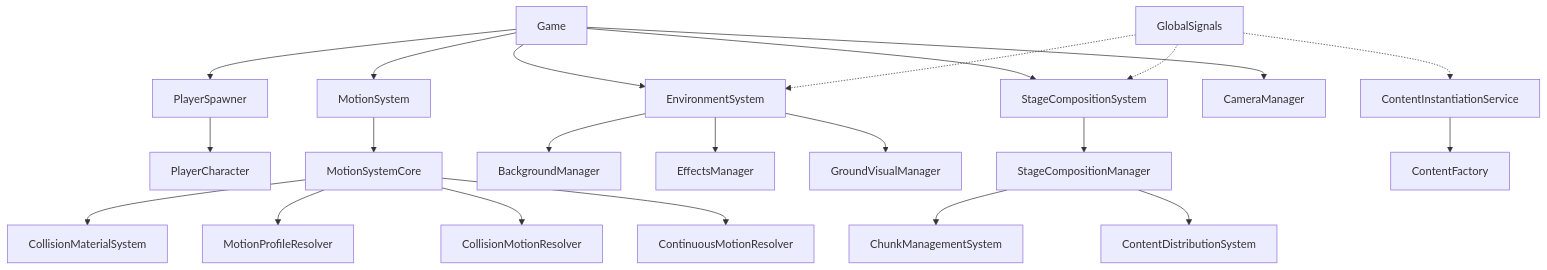
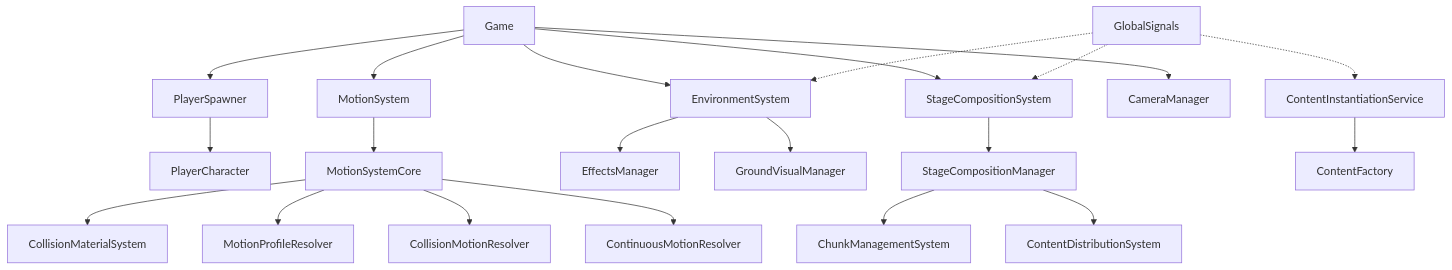
Before and after one commit to talofo/namoradinha: the diagram in README.md, drawn with Mermaid. The commit also changed other lines of this file and 14 other files, not shown here.

Commit message:
cleaned completely the old background manager

````diff
--- a/README.md
+++ b/README.md
@@ -13,30 +13,29 @@
 ```mermaid
 graph TD
     Game[Game] --> MotionSystem
     Game --> EnvironmentSystem
     Game --> StageCompositionSystem
     Game --> PlayerSpawner
     Game --> CameraManager
     
     PlayerSpawner --> PlayerCharacter
     
     MotionSystem --> MotionSystemCore
     MotionSystemCore --> CollisionMaterialSystem
     MotionSystemCore --> MotionProfileResolver
     MotionSystemCore --> CollisionMotionResolver
     MotionSystemCore --> ContinuousMotionResolver
     
-    EnvironmentSystem --> BackgroundManager
     EnvironmentSystem --> EffectsManager
     EnvironmentSystem --> GroundVisualManager
     
     StageCompositionSystem --> StageCompositionManager
     StageCompositionManager --> ChunkManagementSystem
     StageCompositionManager --> ContentDistributionSystem
     
     GlobalSignals -.-> EnvironmentSystem
     GlobalSignals -.-> StageCompositionSystem
     GlobalSignals -.-> ContentInstantiationService
     
     ContentInstantiationService --> ContentFactory
 ```
````
